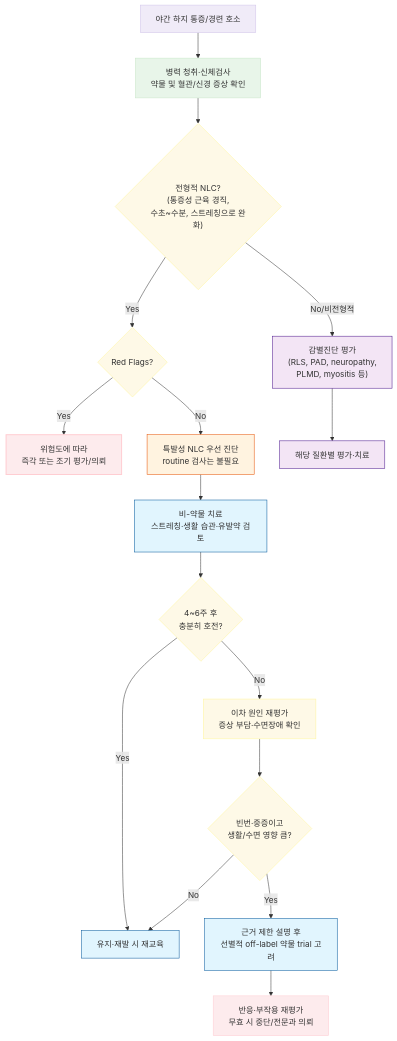
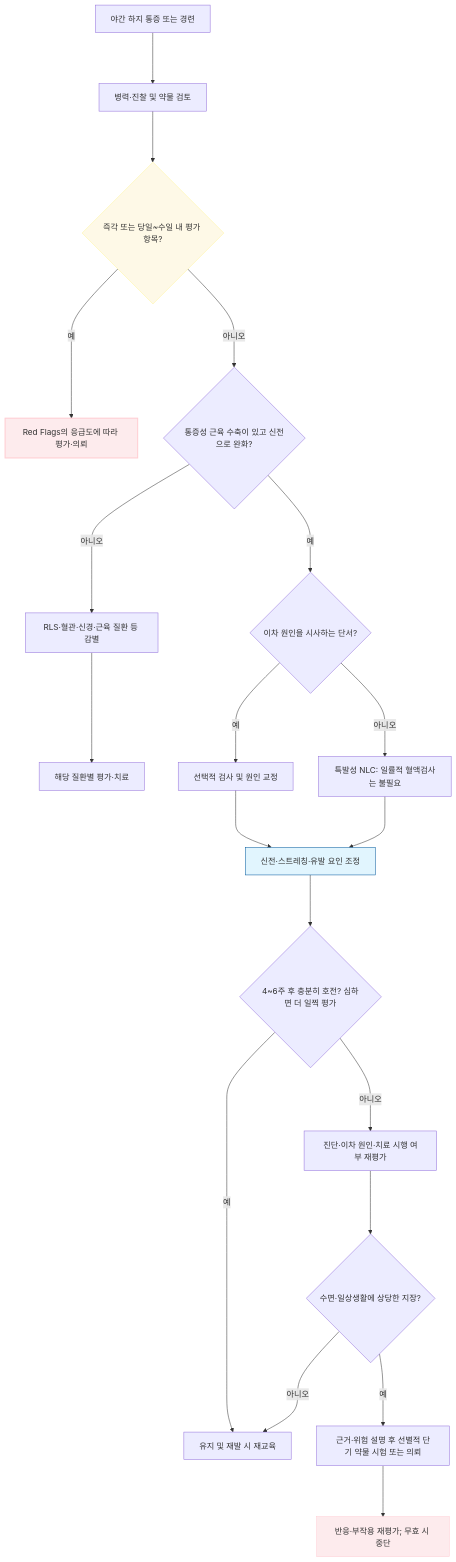
Before and after one commit to familyoh77/familyoh77: the diagram in 228_/148_-nocturnal-leg-cramp.md, drawn with Mermaid. The commit also changed other lines of this file and 5 other files, not shown here.

````diff
--- a/228_/148_-nocturnal-leg-cramp.md
+++ b/228_/148_-nocturnal-leg-cramp.md
@@ -92,34 +97,26 @@
 ```mermaid
 graph TD
-    A["야간 하지 통증/경련 호소"] --> B["병력 청취·신체검사<br/>약물 및 혈관/신경 증상 확인"]
-    B --> C{"전형적 NLC?<br/>(통증성 근육 경직,<br/>수초~수분, 스트레칭으로 완화)"}
-    C -->|No/비전형적| E["감별진단 평가<br/>(RLS, PAD, neuropathy,<br/>PLMD, myositis 등)"]
-    C -->|Yes| D{"Red Flags?"}
-    D -->|Yes| F["위험도에 따라<br/>즉각 또는 조기 평가/의뢰"]
-    D -->|No| G["특발성 NLC 우선 진단<br/>routine 검사는 불필요"]
-    G --> H["비-약물 치료<br/>스트레칭·생활 습관·유발약 검토"]
-    H --> I{"4~6주 후<br/>충분히 호전?"}
-    I -->|Yes| J["유지·재발 시 재교육"]
-    I -->|No| K["이차 원인 재평가<br/>증상 부담·수면장애 확인"]
-    K --> L{"빈번·중증이고<br/>생활/수면 영향 큼?"}
-    L -->|No| J
-    L -->|Yes| M["근거 제한 설명 후<br/>선별적 off-label 약물 trial 고려"]
-    M --> N["반응·부작용 재평가<br/>무효 시 중단/전문과 의뢰"]
-    E --> O["해당 질환별 평가·치료"]
+    A["야간 하지 통증 또는 경련"] ---> B["병력·진찰 및 약물 검토"]
+    B ---> D{"즉각 또는 당일~수일 내 평가 항목?"}
+    D --->|예| F["Red Flags의 응급도에 따라 평가·의뢰"]
+    D --->|아니오| C{"통증성 근육 수축이 있고 신전으로 완화?"}
+    C --->|아니오| E["RLS·혈관·신경·근육 질환 등 감별"]
+    E ---> O["해당 질환별 평가·치료"]
+    C --->|예| G{"이차 원인을 시사하는 단서?"}
+    G --->|예| P["선택적 검사 및 원인 교정"]
+    G --->|아니오| H["특발성 NLC: 일률적 혈액검사는 불필요"]
+    P ---> Q["신전·스트레칭·유발 요인 조정"]
+    H ---> Q
+    Q ---> I{"4~6주 후 충분히 호전? 심하면 더 일찍 평가"}
+    I --->|예| J["유지 및 재발 시 재교육"]
+    I --->|아니오| K["진단·이차 원인·치료 시행 여부 재평가"]
+    K ---> L{"수면·일상생활에 상당한 지장?"}
+    L --->|아니오| J
+    L --->|예| M["근거·위험 설명 후 선별적 단기 약물 시험 또는 의뢰"]
+    M ---> N["반응·부작용 재평가; 무효 시 중단"]
 
-    style A fill:#f0ebf8,stroke:#d1c4e9,stroke-width:1px
-    style B fill:#e8f5e9,stroke:#c8e6c9,stroke-width:1px
-    style C fill:#fef9e7,stroke:#fff59d,stroke-width:1px
-    style D fill:#fef9e7,stroke:#fff59d,stroke-width:1px
-    style E fill:#f3e5f5,stroke:#4a148c,stroke-width:1px
+    style D fill:#fef9e7,stroke:#fff59d
     style F fill:#fdebed,stroke:#ffcdd2,stroke-width:2px
-    style G fill:#fff3e0,stroke:#e65100,stroke-width:1px
-    style H fill:#e1f5fe,stroke:#01579b,stroke-width:1px
-    style I fill:#fef9e7,stroke:#fff59d,stroke-width:1px
-    style J fill:#e1f5fe,stroke:#01579b,stroke-width:1px
-    style K fill:#fef9e7,stroke:#fff59d,stroke-width:1px
-    style L fill:#fef9e7,stroke:#fff59d,stroke-width:1px
-    style M fill:#e1f5fe,stroke:#01579b,stroke-width:1px
-    style N fill:#fdebed,stroke:#ffcdd2,stroke-width:1px
-    style O fill:#f3e5f5,stroke:#4a148c,stroke-width:1px
+    style Q fill:#e1f5fe,stroke:#01579b
+    style N fill:#fdebed,stroke:#ffcdd2
 ```
````
